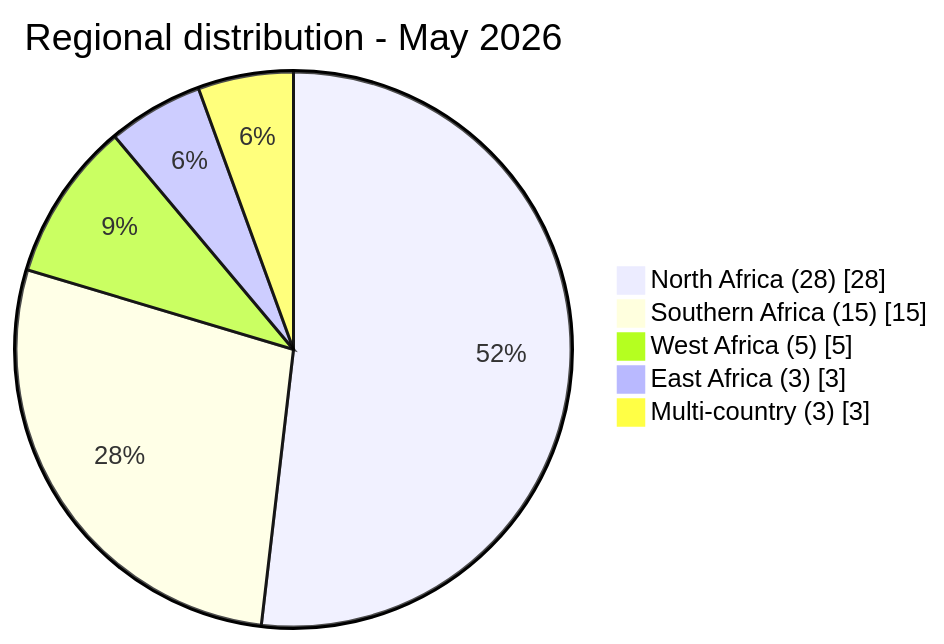
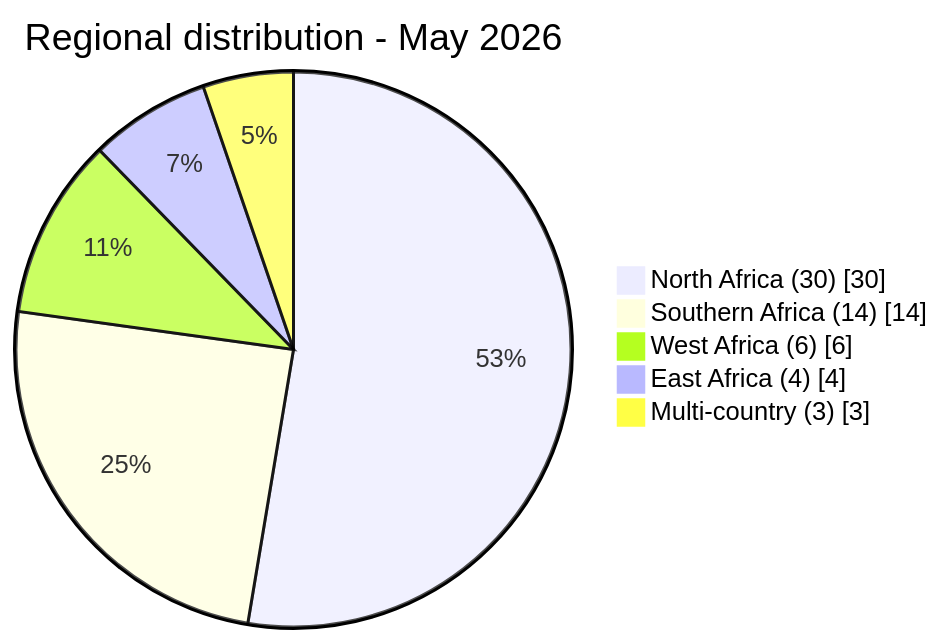
Before and after one commit to Hatchepsoute/AFRINTEL: the second of 2 diagrams in visual-intelligence/05-may/country-hotspots_may_2026.md, drawn with Mermaid. The commit also changed other lines of this file and 28 other files, not shown here.

````diff
--- a/visual-intelligence/05-may/country-hotspots_may_2026.md
+++ b/visual-intelligence/05-may/country-hotspots_may_2026.md
@@ -40,9 +42,9 @@
 ```mermaid
 pie showData
     title Regional distribution - May 2026
-    "North Africa (28)" : 28
-    "Southern Africa (15)" : 15
-    "West Africa (5)" : 5
-    "East Africa (3)" : 3
+    "North Africa (30)" : 30
+    "Southern Africa (14)" : 14
+    "West Africa (6)" : 6
+    "East Africa (4)" : 4
     "Multi-country (3)" : 3
 ```
````
